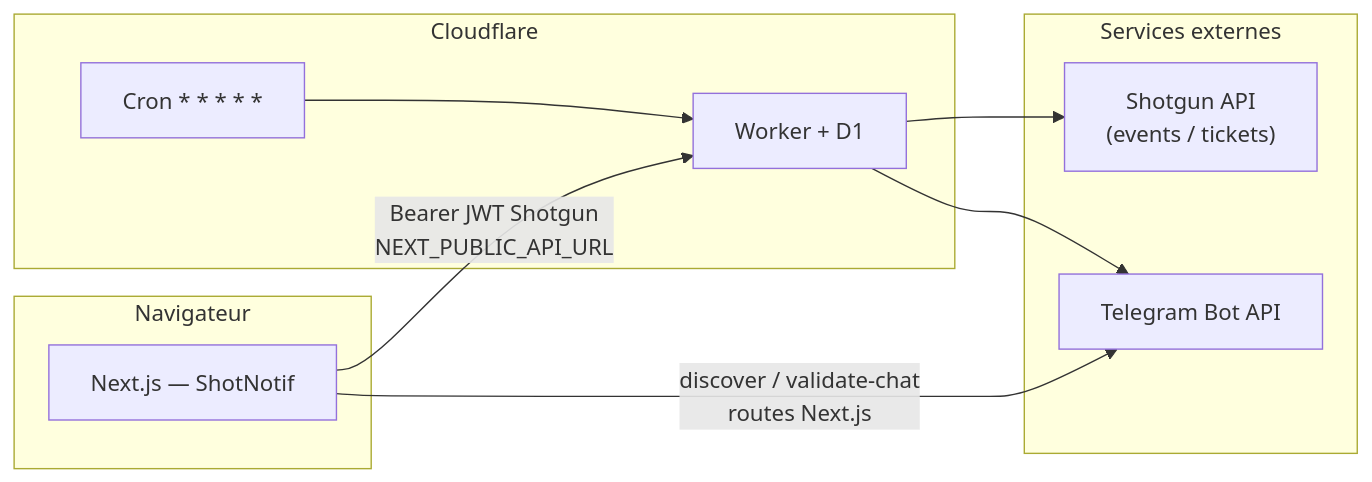
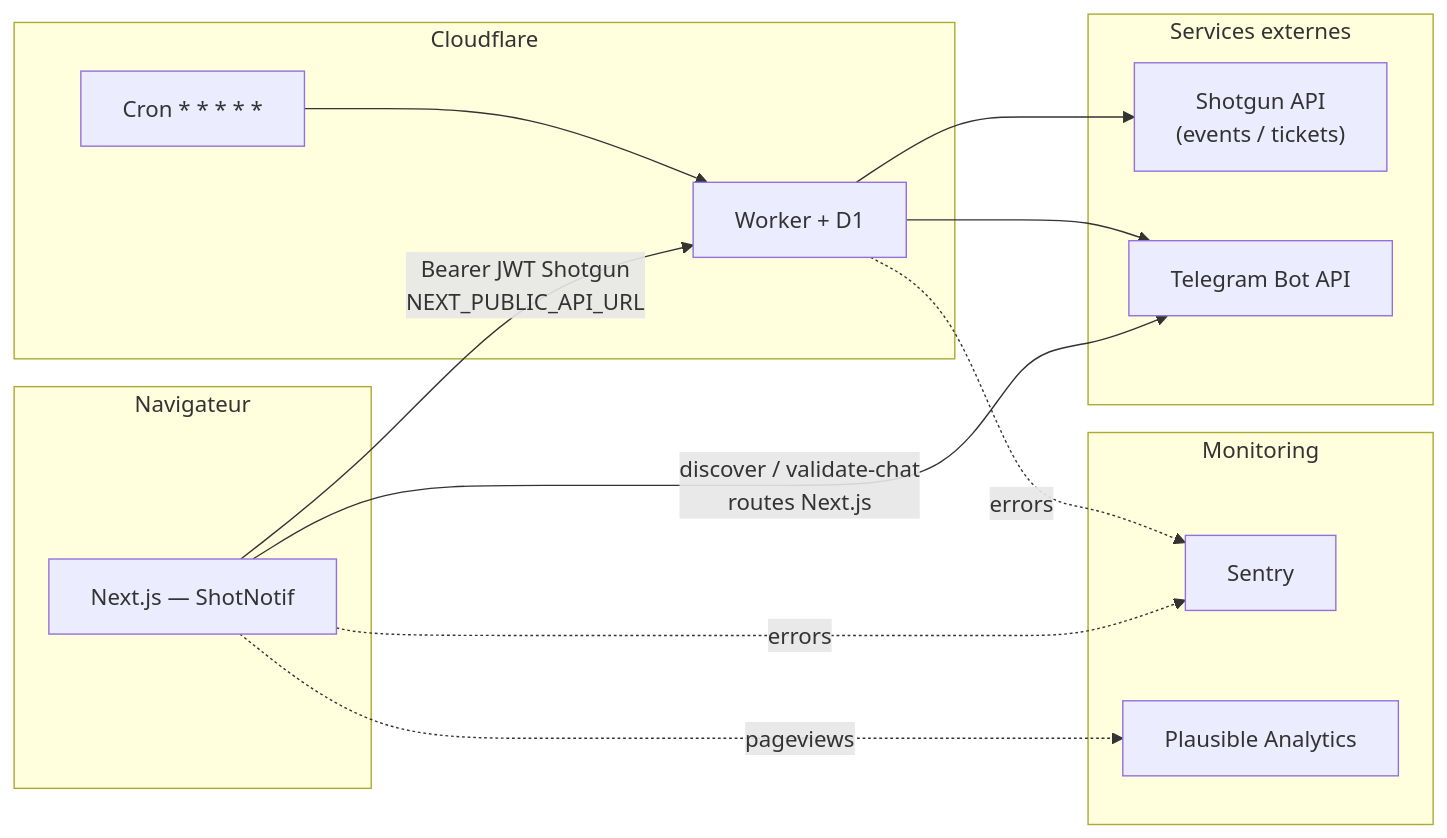
Before and after one commit to YannisFouzi/shotgun-notifier: the diagram in README.md, drawn with Mermaid. The commit also changed other lines of this file, not shown here.

````diff
--- a/README.md
+++ b/README.md
@@ -49,19 +53,26 @@
 ```mermaid
 flowchart LR
   subgraph client["Navigateur"]
     WEB["Next.js — ShotNotif"]
   end
   subgraph cf["Cloudflare"]
     W["Worker + D1"]
     CRON["Cron * * * * *"]
   end
+  subgraph monitoring["Monitoring"]
+    SE["Sentry"]
+    PL["Plausible Analytics"]
+  end
   subgraph ext["Services externes"]
     SG["Shotgun API\n(events / tickets)"]
     TG["Telegram Bot API"]
   end
   WEB -->|"Bearer JWT Shotgun\nNEXT_PUBLIC_API_URL"| W
   WEB -->|"discover / validate-chat\nroutes Next.js"| TG
+  WEB -.->|"errors"| SE
+  WEB -.->|"pageviews"| PL
+  W -.->|"errors"| SE
   CRON --> W
   W --> SG
   W --> TG
 ```
````
